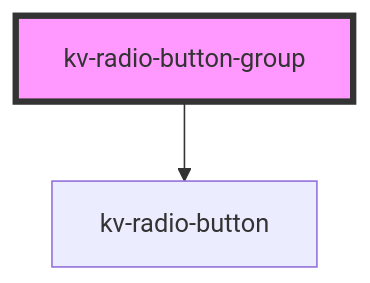
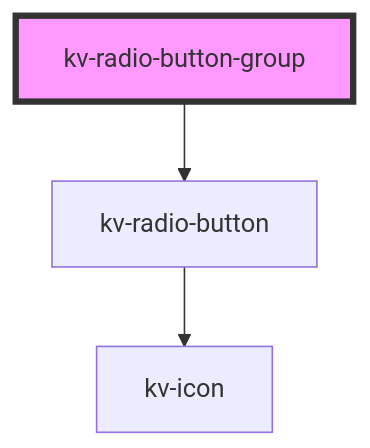
Before and after one commit to kelvininc/ui-components: the diagram in packages/ui-components/src/components/radio-button-group/readme.md, drawn with Mermaid. The commit also changed other lines of this file and 18 other files, not shown here.

First line of the commit message:
feat(radio-button)!: add icon to radio button

````diff
--- a/packages/ui-components/src/components/radio-button-group/readme.md
+++ b/packages/ui-components/src/components/radio-button-group/readme.md
@@ -29,5 +29,6 @@
 ```mermaid
 graph TD;
   kv-radio-button-group --> kv-radio-button
+  kv-radio-button --> kv-icon
   style kv-radio-button-group fill:#f9f,stroke:#333,stroke-width:4px
 ```
````
